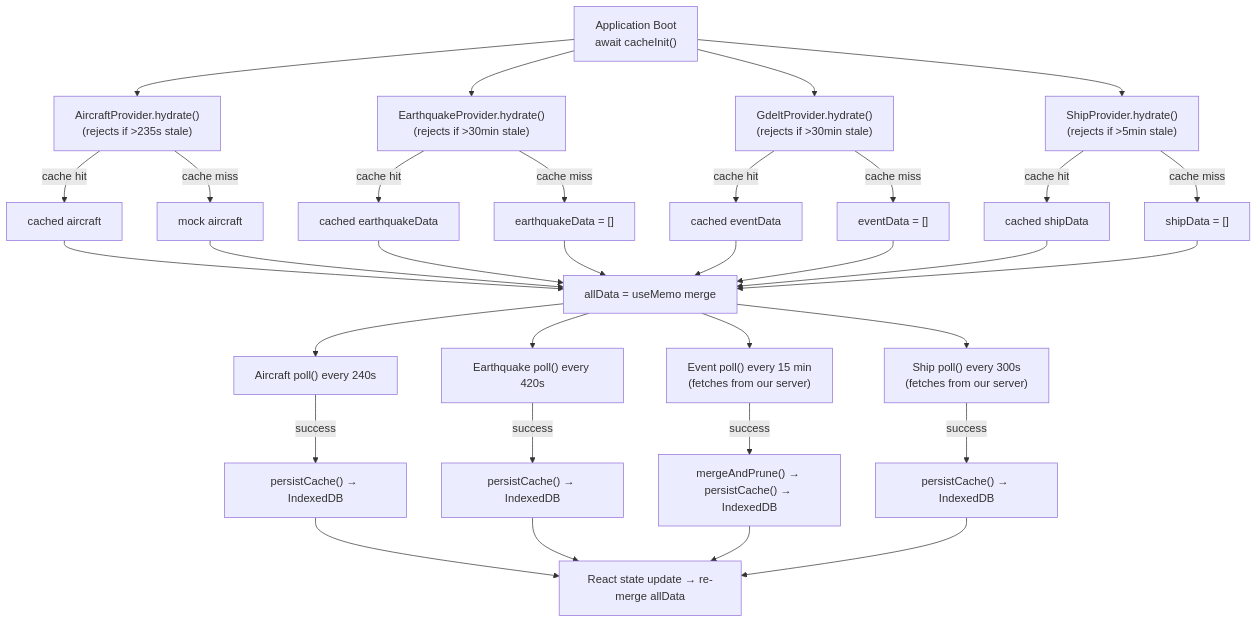
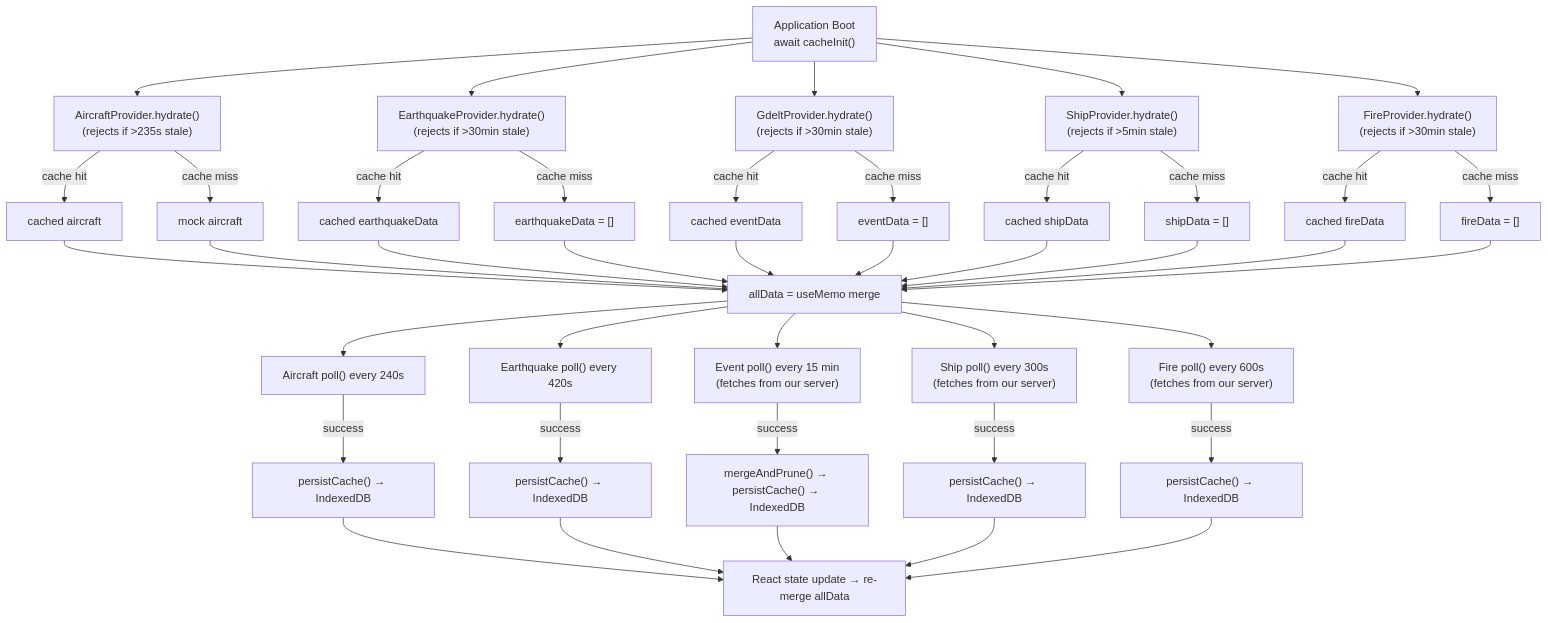
The first of 2 diagrams in docs/data-flow.md (iiTONELOC/sigint), drawn with Mermaid before and after one commit. The commit also changed other lines of this file and 30 other files, not shown here.

````diff
--- a/docs/data-flow.md
+++ b/docs/data-flow.md
@@ -53,43 +53,52 @@
 ```mermaid
 flowchart TD
     Boot["Application Boot<br/>await cacheInit()"] --> HydrateAC["AircraftProvider.hydrate()<br/>(rejects if >235s stale)"]
     Boot --> HydrateEQ["EarthquakeProvider.hydrate()<br/>(rejects if >30min stale)"]
     Boot --> HydrateEV["GdeltProvider.hydrate()<br/>(rejects if >30min stale)"]
     Boot --> HydrateSH["ShipProvider.hydrate()<br/>(rejects if >5min stale)"]
+    Boot --> HydrateFI["FireProvider.hydrate()<br/>(rejects if >30min stale)"]
 
     HydrateAC -->|"cache hit"| CachedAC["cached aircraft"]
     HydrateAC -->|"cache miss"| MockFallback["mock aircraft"]
 
     HydrateEQ -->|"cache hit"| CachedEQ["cached earthquakeData"]
     HydrateEQ -->|"cache miss"| EmptyEQ["earthquakeData = []"]
 
     HydrateEV -->|"cache hit"| CachedEV["cached eventData"]
     HydrateEV -->|"cache miss"| EmptyEV["eventData = []"]
 
     HydrateSH -->|"cache hit"| CachedSH["cached shipData"]
     HydrateSH -->|"cache miss"| EmptySH["shipData = []"]
 
+    HydrateFI -->|"cache hit"| CachedFI["cached fireData"]
+    HydrateFI -->|"cache miss"| EmptyFI["fireData = []"]
+
     CachedAC --> AllData["allData = useMemo merge"]
     MockFallback --> AllData
     CachedEQ --> AllData
     EmptyEQ --> AllData
     CachedEV --> AllData
     EmptyEV --> AllData
     CachedSH --> AllData
     EmptySH --> AllData
+    CachedFI --> AllData
+    EmptyFI --> AllData
 
     AllData --> PollAC["Aircraft poll() every 240s"]
     AllData --> PollEQ["Earthquake poll() every 420s"]
     AllData --> PollEV["Event poll() every 15 min<br/>(fetches from our server)"]
     AllData --> PollSH["Ship poll() every 300s<br/>(fetches from our server)"]
+    AllData --> PollFI["Fire poll() every 600s<br/>(fetches from our server)"]
 
     PollAC -->|"success"| PersistAC["persistCache() → IndexedDB"]
     PollEQ -->|"success"| PersistEQ["persistCache() → IndexedDB"]
     PollEV -->|"success"| PersistEV["mergeAndPrune() → persistCache() → IndexedDB"]
     PollSH -->|"success"| PersistSH["persistCache() → IndexedDB"]
+    PollFI -->|"success"| PersistFI["persistCache() → IndexedDB"]
 
     PersistAC --> SetState["React state update → re-merge allData"]
     PersistEQ --> SetState
     PersistEV --> SetState
     PersistSH --> SetState
+    PersistFI --> SetState
 ```
````
